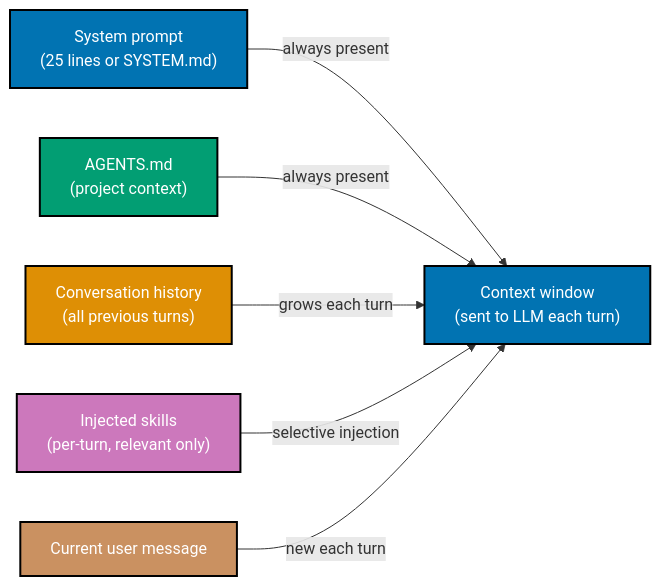
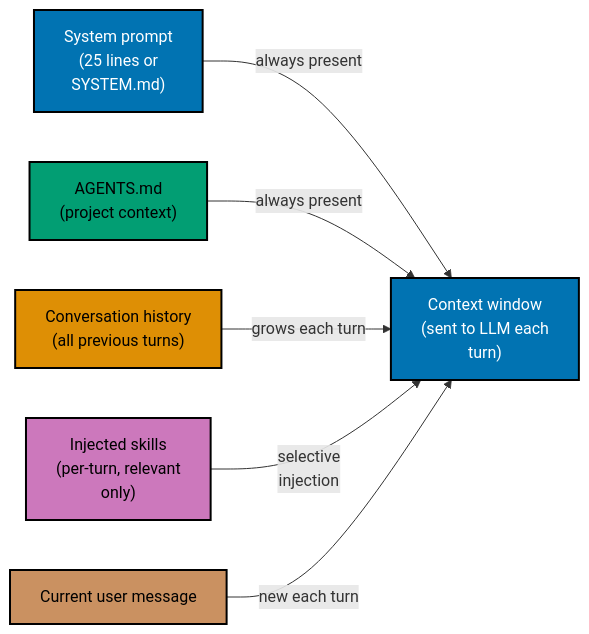
One commit to wahidyankf/ose-public changed the fifth of 5 diagrams in apps/ayokoding-www/content/en/learn/legacy/artificial-intelligence/tools/pi-coding-agent/by-concept/beginner.md. Above: the diagram before and after it, drawn with Mermaid. The commit also changed other lines of this file and 50 other files, not shown here.

First line of the commit message:
fix(mermaid): bring the docs, governance, plans, and legacy AI diagrams onto the accessible palette

````diff
--- a/apps/ayokoding-www/content/en/learn/legacy/artificial-intelligence/tools/pi-coding-agent/by-concept/beginner.md
+++ b/apps/ayokoding-www/content/en/learn/legacy/artificial-intelligence/tools/pi-coding-agent/by-concept/beginner.md
@@ -1174,23 +1186,26 @@
 ```mermaid
 %% Color Palette: Blue #0173B2, Orange #DE8F05, Teal #029E73, Purple #CC78BC, Brown #CA9161
 %% All colors are color-blind friendly and meet WCAG AA contrast standards
 
 graph LR
-    SYSTEM["System prompt<br/>(25 lines or SYSTEM.md)"]:::blue
+    accTitle: Section 16: Basic Context Engineering
+    accDescr: Graph with 6 nodes and 5 connections. Nodes: System prompt (25 lines or SYSTEM.md), AGENTS.md (project context), Conversation history (all previous turns), Injected skills (per-turn, relevant only), Current user message, Context window (sent to LLM each turn). Connections: System prompt (25 lines or SYSTEM.md) to Context window (sent to LLM each turn) (always present), AGENTS.md (project context) to Context window (sent to LLM each turn) (always present), Conversation history (all previous turns) to Context window (sent to LLM each turn) (grows each turn), Injected skills (per-turn, relevant only) to Context window (sent to LLM each turn) (selective injection), Current user message to Context window (sent to LLM each turn) (new each turn).
+    SYSTEM["System prompt<br/>(25 lines or<br/>SYSTEM.md)"]:::blue
     AGENTS["AGENTS.md<br/>(project context)"]:::teal
     HISTORY["Conversation history<br/>(all previous turns)"]:::orange
-    SKILLS["Injected skills<br/>(per-turn, relevant only)"]:::purple
+    SKILLS["Injected skills<br/>(per-turn, relevant<br/>only)"]:::purple
     USER["Current user message"]:::brown
 
-    SYSTEM -->|"always present"| CTX["Context window<br/>(sent to LLM each turn)"]:::blue
+    SYSTEM -->|"always present"| CTX["Context window<br/>(sent to LLM each<br/>turn)"]:::blue
     AGENTS -->|"always present"| CTX
     HISTORY -->|"grows each turn"| CTX
-    SKILLS -->|"selective injection"| CTX
+    SKILLS -->|"selective<br/>injection"| CTX
     USER -->|"new each turn"| CTX
 
     classDef blue fill:#0173B2,stroke:#000000,color:#FFFFFF,stroke-width:2px
-    classDef teal fill:#029E73,stroke:#000000,color:#FFFFFF,stroke-width:2px
-    classDef orange fill:#DE8F05,stroke:#000000,color:#FFFFFF,stroke-width:2px
-    classDef purple fill:#CC78BC,stroke:#000000,color:#FFFFFF,stroke-width:2px
-    classDef brown fill:#CA9161,stroke:#000000,color:#FFFFFF,stroke-width:2px
+    classDef teal fill:#029E73,stroke:#000000,color:#000000,stroke-width:2px
+    classDef orange fill:#DE8F05,stroke:#000000,color:#000000,stroke-width:2px
+    classDef purple fill:#CC78BC,stroke:#000000,color:#000000,stroke-width:2px
+    classDef brown fill:#CA9161,stroke:#000000,color:#000000,stroke-width:2px
+    classDef default fill:#FFFFFF,stroke:#000000,color:#000000
 ```
````
